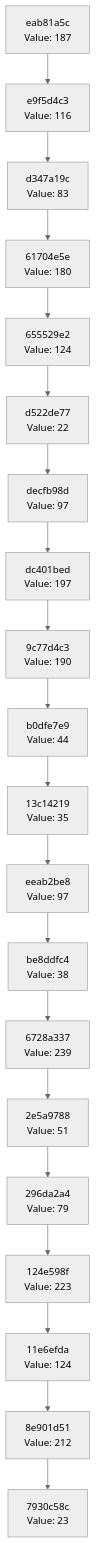
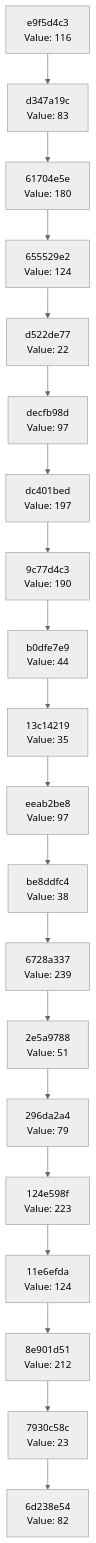
Before and after one commit to Abhisheksinha1506/hash-chain-evolver: the diagram in docs/CHAIN_VISUALIZATION.md, drawn with Mermaid (neutral theme). The commit also changed 3 other files, not shown here.

````diff
--- a/docs/CHAIN_VISUALIZATION.md
+++ b/docs/CHAIN_VISUALIZATION.md
@@ -3,42 +3,42 @@
 ```mermaid
 graph TD
-    C0["7930c58c<br/>Value: 23"]
-    C1["8e901d51<br/>Value: 212"]
+    C0["6d238e54<br/>Value: 82"]
+    C1["7930c58c<br/>Value: 23"]
     C1 --> C0
-    C2["11e6efda<br/>Value: 124"]
+    C2["8e901d51<br/>Value: 212"]
     C2 --> C1
-    C3["124e598f<br/>Value: 223"]
+    C3["11e6efda<br/>Value: 124"]
     C3 --> C2
-    C4["296da2a4<br/>Value: 79"]
+    C4["124e598f<br/>Value: 223"]
     C4 --> C3
-    C5["2e5a9788<br/>Value: 51"]
+    C5["296da2a4<br/>Value: 79"]
     C5 --> C4
-    C6["6728a337<br/>Value: 239"]
+    C6["2e5a9788<br/>Value: 51"]
     C6 --> C5
-    C7["be8ddfc4<br/>Value: 38"]
+    C7["6728a337<br/>Value: 239"]
     C7 --> C6
-    C8["eeab2be8<br/>Value: 97"]
+    C8["be8ddfc4<br/>Value: 38"]
     C8 --> C7
-    C9["13c14219<br/>Value: 35"]
+    C9["eeab2be8<br/>Value: 97"]
     C9 --> C8
-    C10["b0dfe7e9<br/>Value: 44"]
+    C10["13c14219<br/>Value: 35"]
     C10 --> C9
-    C11["9c77d4c3<br/>Value: 190"]
+    C11["b0dfe7e9<br/>Value: 44"]
     C11 --> C10
-    C12["dc401bed<br/>Value: 197"]
+    C12["9c77d4c3<br/>Value: 190"]
     C12 --> C11
-    C13["decfb98d<br/>Value: 97"]
+    C13["dc401bed<br/>Value: 197"]
     C13 --> C12
-    C14["d522de77<br/>Value: 22"]
+    C14["decfb98d<br/>Value: 97"]
     C14 --> C13
-    C15["655529e2<br/>Value: 124"]
+    C15["d522de77<br/>Value: 22"]
     C15 --> C14
-    C16["61704e5e<br/>Value: 180"]
+    C16["655529e2<br/>Value: 124"]
     C16 --> C15
-    C17["d347a19c<br/>Value: 83"]
+    C17["61704e5e<br/>Value: 180"]
     C17 --> C16
-    C18["e9f5d4c3<br/>Value: 116"]
+    C18["d347a19c<br/>Value: 83"]
     C18 --> C17
-    C19["eab81a5c<br/>Value: 187"]
+    C19["e9f5d4c3<br/>Value: 116"]
     C19 --> C18
 ```
````
